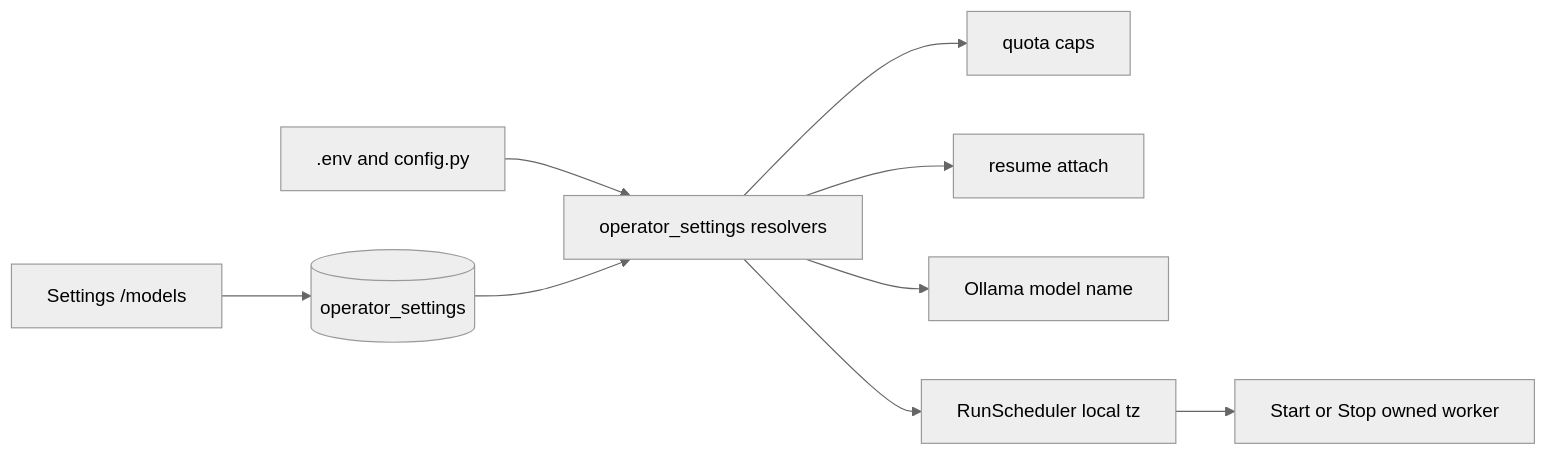
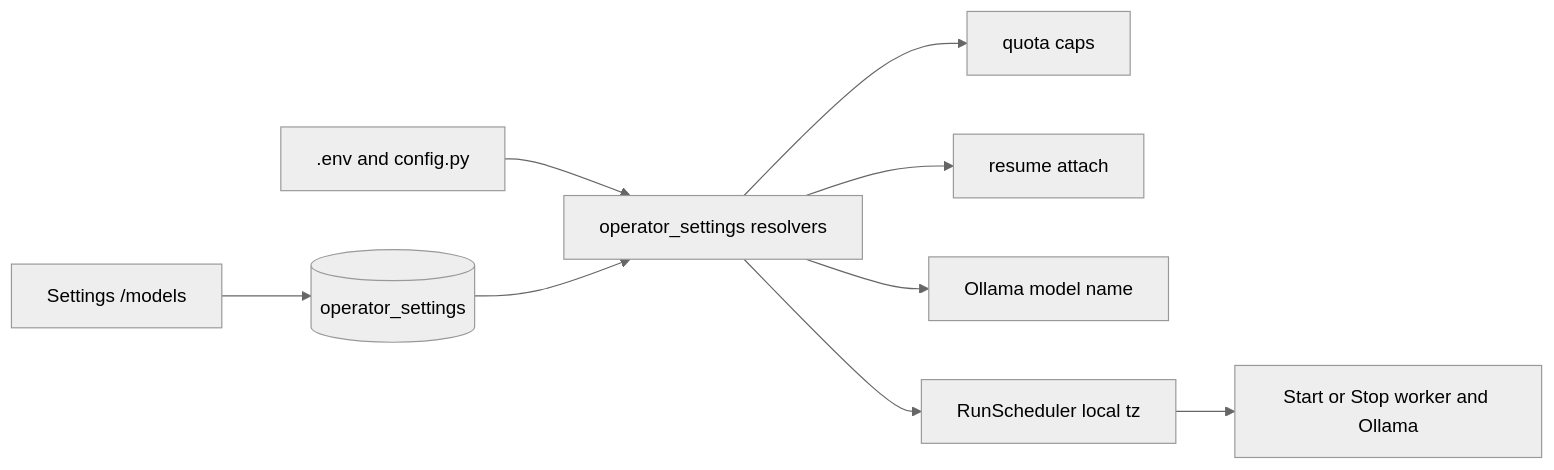
The second of 2 diagrams in docs/architecture.md (TapiwaChikwenya/linkedin-application-bot), drawn with Mermaid (neutral theme) before and after one commit. The commit also changed other lines of this file and 47 other files, not shown here.

````diff
--- a/docs/architecture.md
+++ b/docs/architecture.md
@@ -130,11 +139,11 @@
 ```mermaid
 flowchart LR
   Env[.env and config.py] --> Resolve[operator_settings resolvers]
   UI[Settings /models] --> SQLite[(operator_settings)]
   SQLite --> Resolve
   Resolve --> Quota[quota caps]
   Resolve --> Resume[resume attach]
   Resolve --> LLM[Ollama model name]
   Resolve --> Sched[RunScheduler local tz]
-  Sched --> Dash[Start or Stop owned worker]
+  Sched --> Dash[Start or Stop worker and Ollama]
 ```
````
